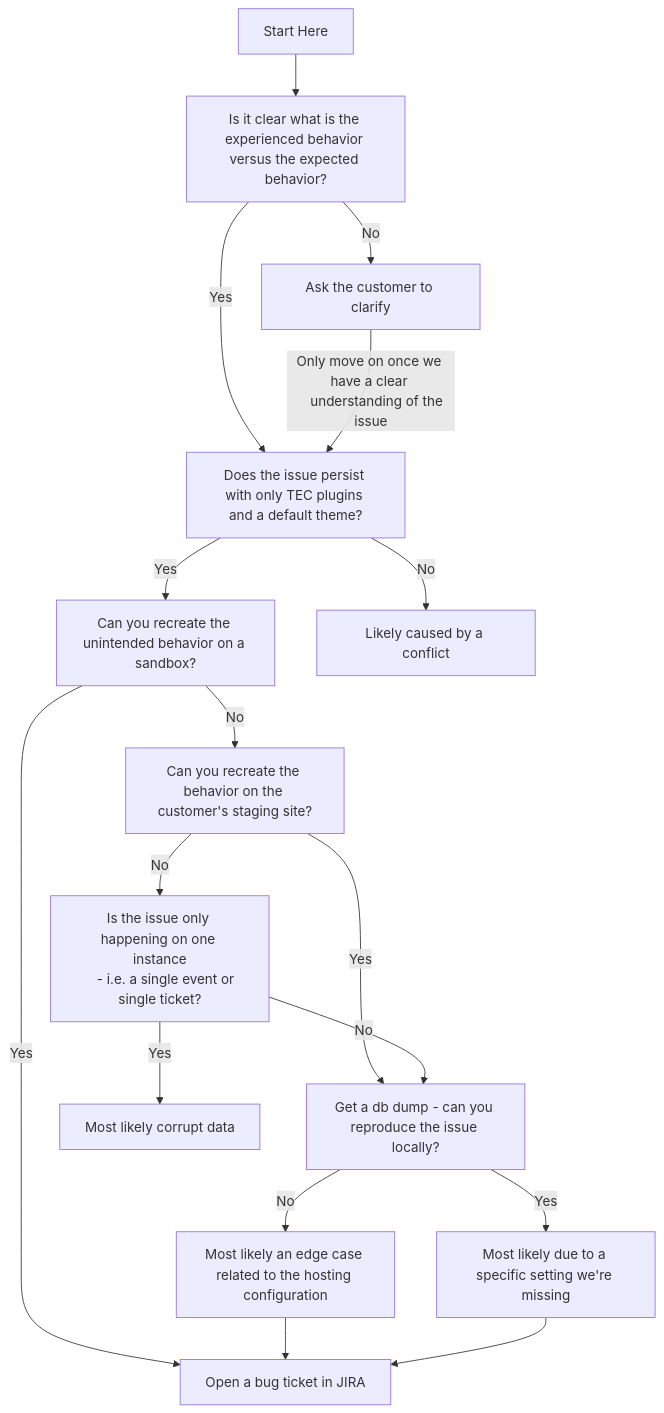
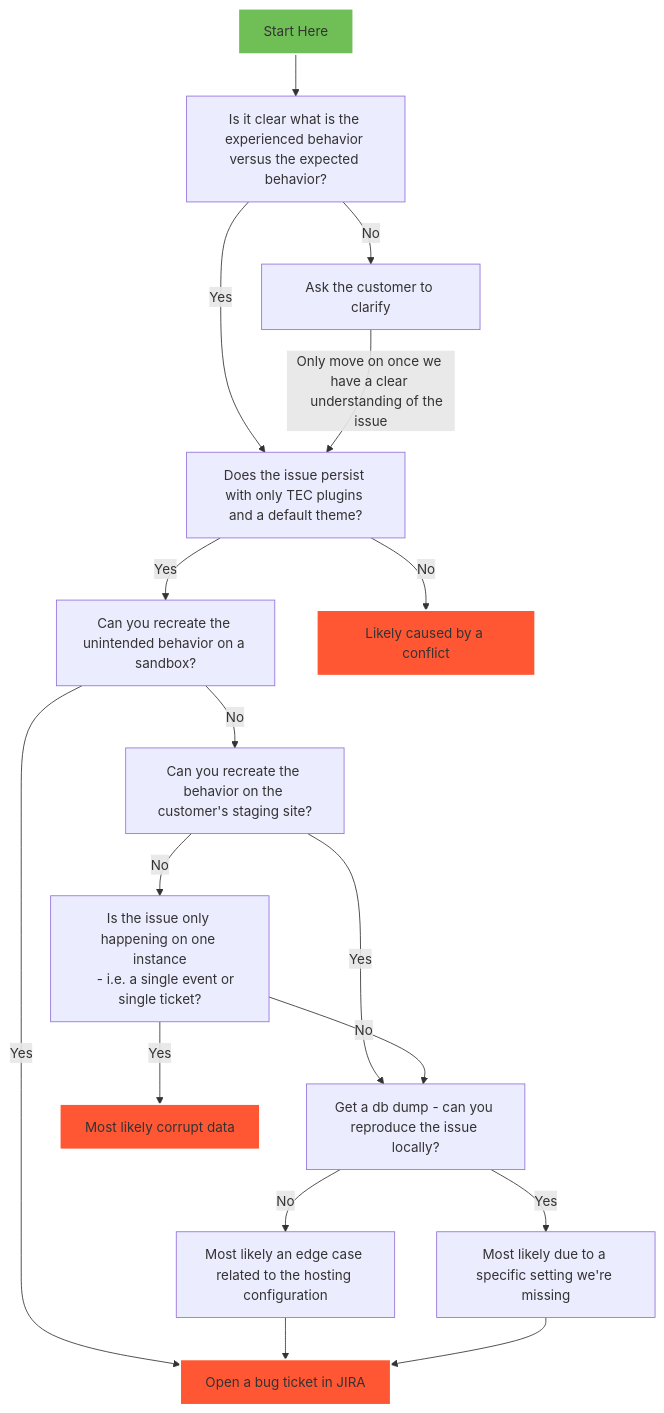
One commit to sdokus/sdokus-dev-day-concepts changed the diagram in support-flowchart.md. Above: the diagram before and after it, drawn with Mermaid.

Commit message:
added some styling

````diff
--- a/support-flowchart.md
+++ b/support-flowchart.md
@@ -3,37 +3,41 @@
 ```mermaid
 graph TD
     A[Start Here]
     A --> B
     B[Is it clear what is the experienced behavior versus the expected behavior?]
     B -->|Yes| C
     B -->|No| D
     C[Does the issue persist with only TEC plugins and a default theme?]
     D[Ask the customer to clarify]
     D -->|Only move on once we have a clear 
     understanding of the issue|C
     C -->|Yes|E
     C -->|No|F
     E[Can you recreate the unintended behavior on a sandbox?]
     F[Likely caused by a conflict]
     E --> |Yes| G
     E --> |No| H
     G[Open a bug ticket in JIRA]
     H[Can you recreate the behavior on the customer's staging site?]
     H -->|Yes| I
     H -->|No| J
     I[Get a db dump - can you reproduce the issue locally?]
     I -->|Yes| N
     I -->|No| M
     M[Most likely an edge case related to the hosting configuration]
     N[Most likely due to a specific setting we're missing]
     M --> G
     N --> G
     J[Is the issue only happening on one instance
     - i.e. a single event or single ticket?]
     J --> |Yes| K
     J --> |No| I
     K[Most likely corrupt data]
-
+    
+style A fill:#6FBF56,stroke:#ffffff,stroke-width:2px;
+style F fill:#FF5733,stroke:#ffffff,stroke-width:2px;
+style K fill:#FF5733,stroke:#ffffff,stroke-width:2px;
+style G fill:#FF5733,stroke:#ffffff,stroke-width:2px;
 
 
 ```
````
